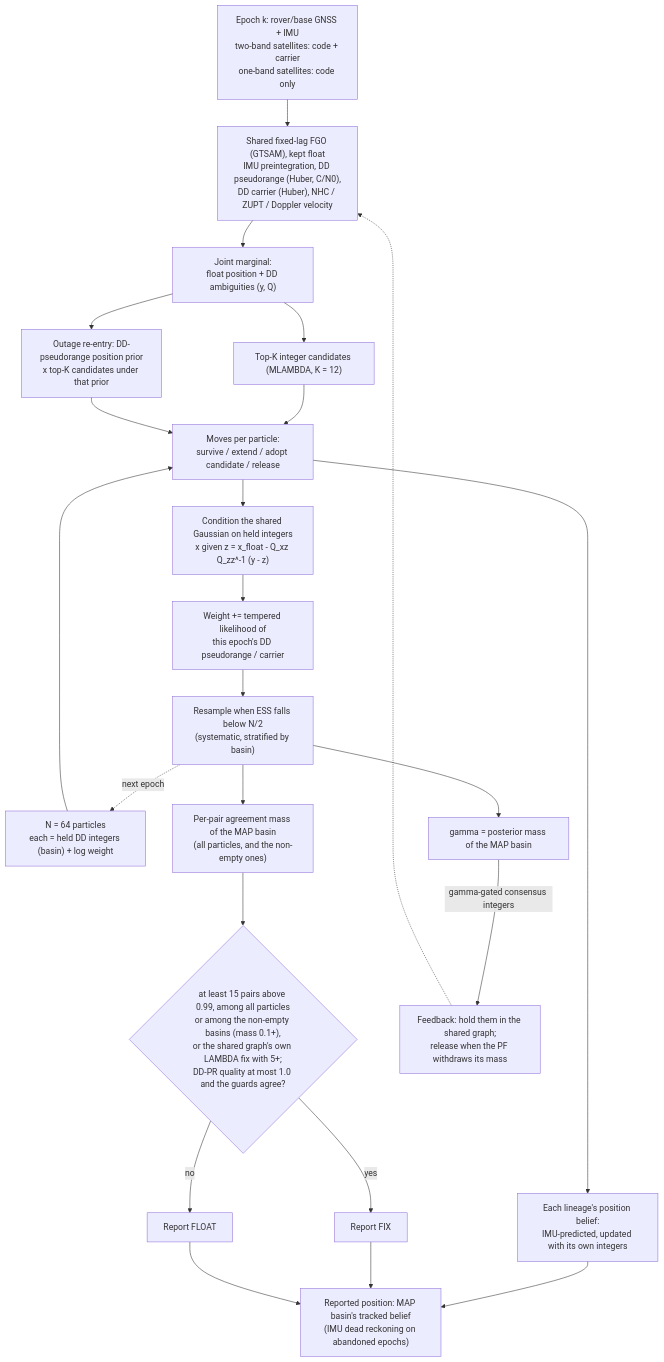
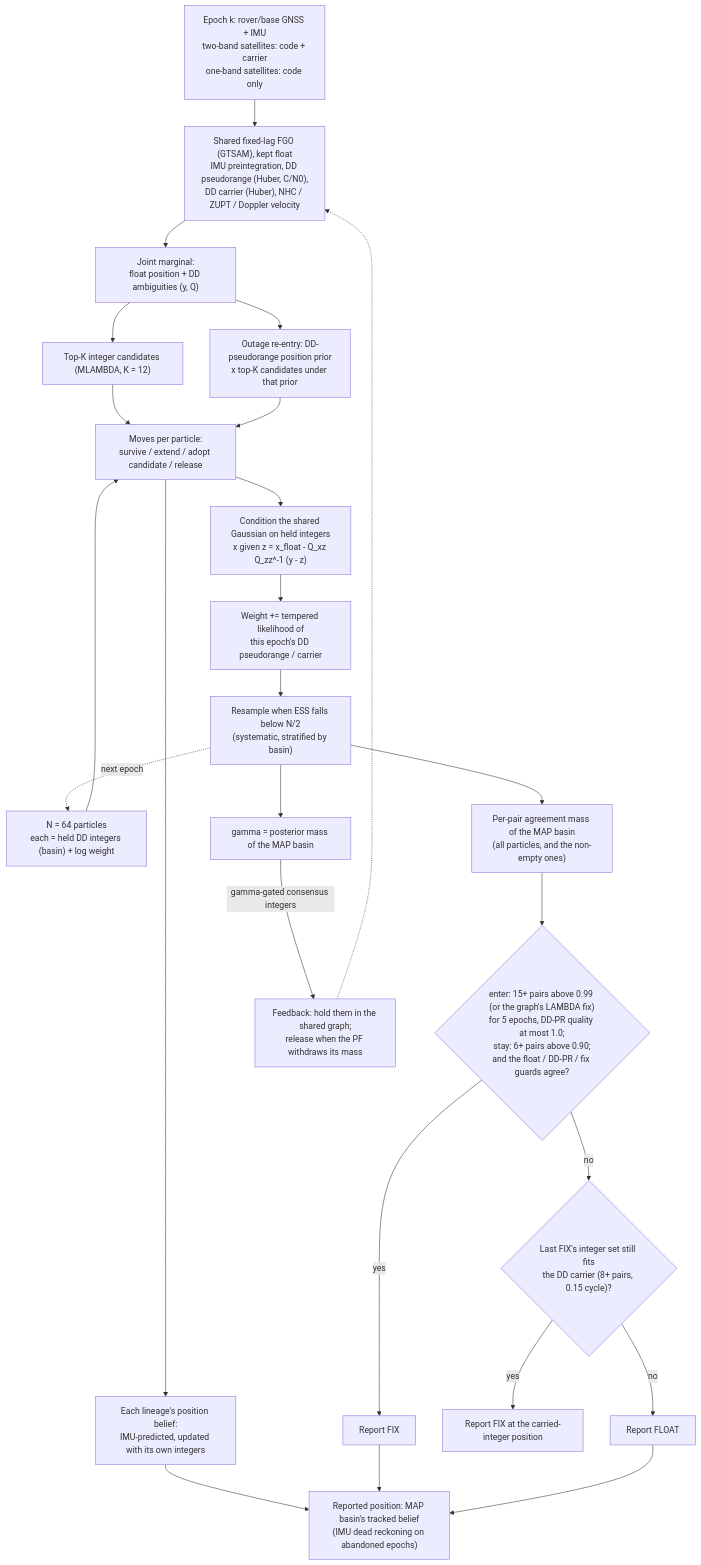
Before and after one commit to mfkiwl/gnss_gpu: the first of 2 diagrams in README.md, drawn with Mermaid. The commit also changed other lines of this file and 9 other files, not shown here.

First line of the commit message:
RB-FGO-PF WP50: ship the hysteresis label and forward integer carry

````diff
--- a/README.md
+++ b/README.md
@@ -107,25 +110,27 @@
 ```mermaid
 flowchart TD
     Obs["Epoch k: rover/base GNSS + IMU<br/>two-band satellites: code + carrier<br/>one-band satellites: code only"] --> FGO["Shared fixed-lag FGO (GTSAM), kept float<br/>IMU preintegration, DD pseudorange (Huber, C/N0),<br/>DD carrier (Huber), NHC / ZUPT / Doppler velocity"]
     FGO --> Marg["Joint marginal:<br/>float position + DD ambiguities (y, Q)"]
     Marg --> Cand["Top-K integer candidates (MLAMBDA, K = 12)"]
     Marg --> Spawn["Outage re-entry: DD-pseudorange position prior<br/>x top-K candidates under that prior"]
     PF["N = 64 particles<br/>each = held DD integers (basin) + log weight"] --> Moves
     Cand --> Moves["Moves per particle:<br/>survive / extend / adopt candidate / release"]
     Spawn --> Moves
     Moves --> Cond["Condition the shared Gaussian on held integers<br/>x given z = x_float - Q_xz Q_zz^-1 (y - z)"]
     Cond --> W["Weight += tempered likelihood of<br/>this epoch's DD pseudorange / carrier"]
     W --> Res["Resample when ESS falls below N/2<br/>(systematic, stratified by basin)"]
     Res --> Gamma["gamma = posterior mass of the MAP basin"]
     Moves --> Track["Each lineage's position belief:<br/>IMU-predicted, updated with its own integers"]
     Res -. next epoch .-> PF
     Res --> Agree["Per-pair agreement mass of the MAP basin<br/>(all particles, and the non-empty ones)"]
-    Agree --> Dec{"at least 15 pairs above 0.99, among all particles<br/>or among the non-empty basins (mass 0.1+),<br/>or the shared graph's own LAMBDA fix with 5+;<br/>DD-PR quality at most 1.0 and the guards agree?"}
+    Agree --> Dec{"enter: 15+ pairs above 0.99 (or the graph's LAMBDA fix)<br/>for 5 epochs, DD-PR quality at most 1.0;<br/>stay: 6+ pairs above 0.90;<br/>and the float / DD-PR / fix guards agree?"}
     Dec -- yes --> Fix["Report FIX"]
-    Dec -- no --> Flt["Report FLOAT"]
+    Dec -- no --> Carry{"Last FIX's integer set still fits<br/>the DD carrier (8+ pairs, 0.15 cycle)?"}
+    Carry -- yes --> CFix["Report FIX at the carried-integer position"]
+    Carry -- no --> Flt["Report FLOAT"]
     Track --> Pos["Reported position: MAP basin's tracked belief<br/>(IMU dead reckoning on abandoned epochs)"]
     Fix --> Pos
     Flt --> Pos
     Gamma -- "gamma-gated consensus integers" --> FB["Feedback: hold them in the shared graph;<br/>release when the PF withdraws its mass"]
     FB -.-> FGO
 ```
````
